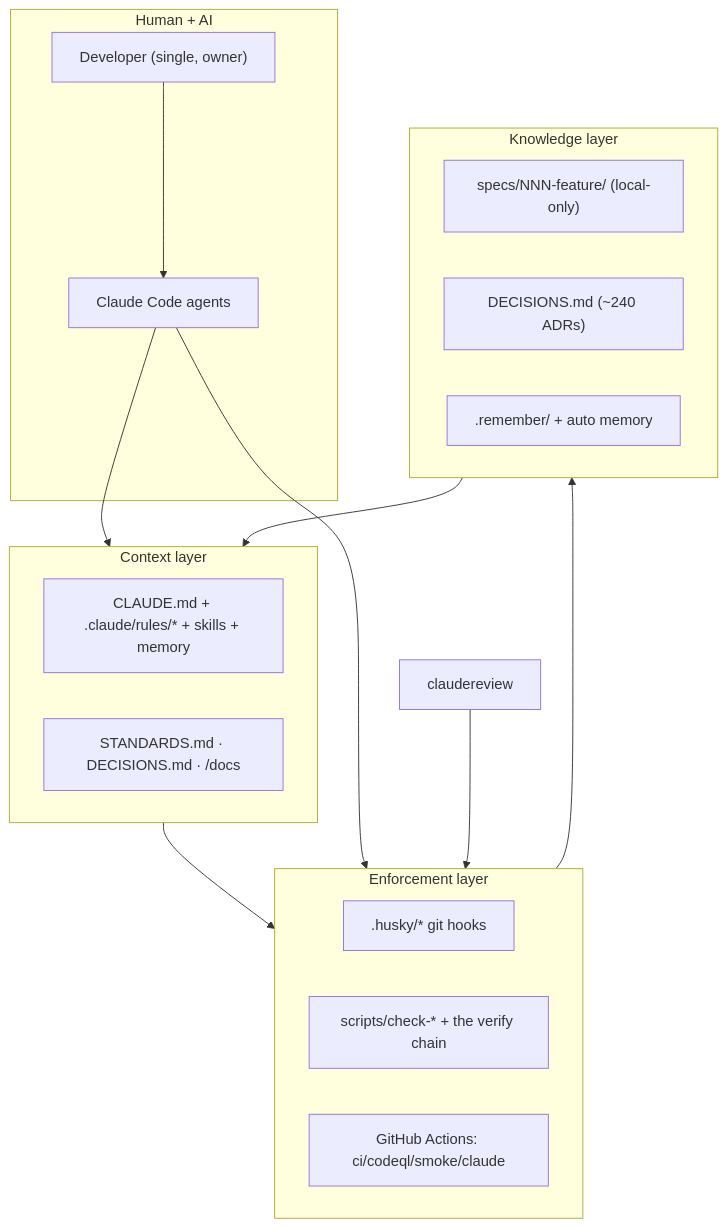
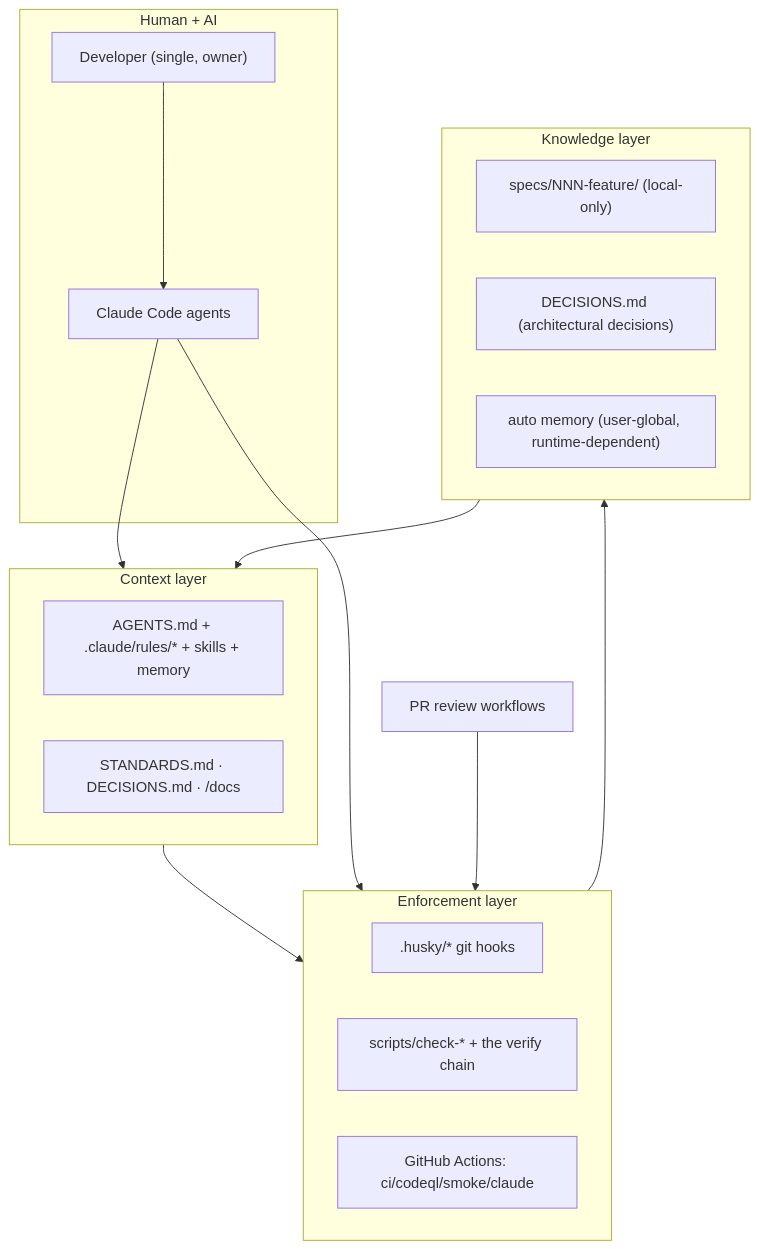
Before and after one commit to erikunha/portfolio: the diagram in docs/handbook/README.md, drawn with Mermaid. The commit also changed other lines of this file and 1307 other files, not shown here.

````diff
--- a/docs/handbook/README.md
+++ b/docs/handbook/README.md
@@ -32,28 +34,28 @@
 ```mermaid
 flowchart TB
     subgraph people["Human + AI"]
         dev["Developer (single, owner)"]
         claude["Claude Code agents"]
     end
     subgraph context["Context layer"]
-        cl["CLAUDE.md + .claude/rules/* + skills + memory"]
+        cl["AGENTS.md + .claude/rules/* + skills + memory"]
         docs["STANDARDS.md · DECISIONS.md · /docs"]
     end
     subgraph enforce["Enforcement layer"]
         husky[".husky/* git hooks"]
         gates["scripts/check-* + the verify chain"]
         ci["GitHub Actions: ci/codeql/smoke/claude"]
     end
     subgraph knowledge["Knowledge layer"]
         specs["specs/NNN-feature/ (local-only)"]
-        adr["DECISIONS.md (~240 ADRs)"]
-        mem[".remember/ + auto memory"]
+        adr["DECISIONS.md (architectural decisions)"]
+        mem["auto memory (user-global, runtime-dependent)"]
     end
     dev --> claude
     claude --> context
     context --> enforce
     claude --> enforce
-    claudereview --> enforce
+    review["PR review workflows"] --> enforce
     enforce --> knowledge
     knowledge --> context
 ```
````
